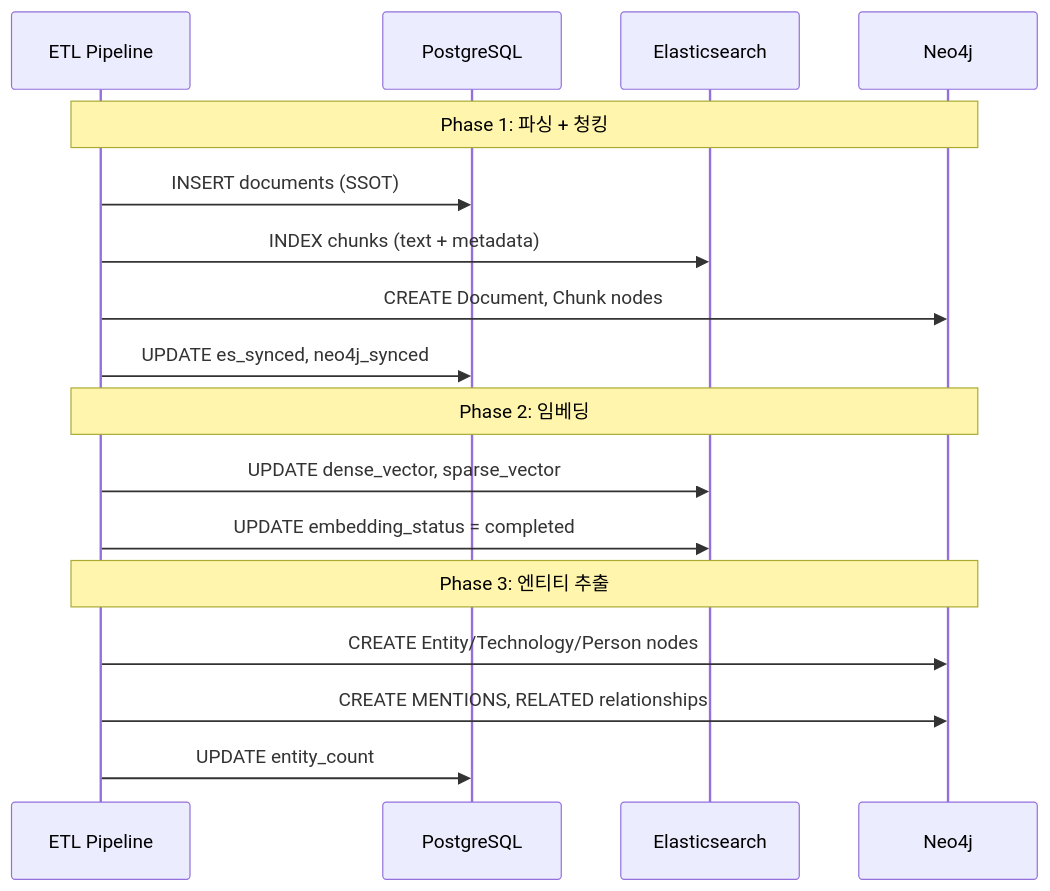
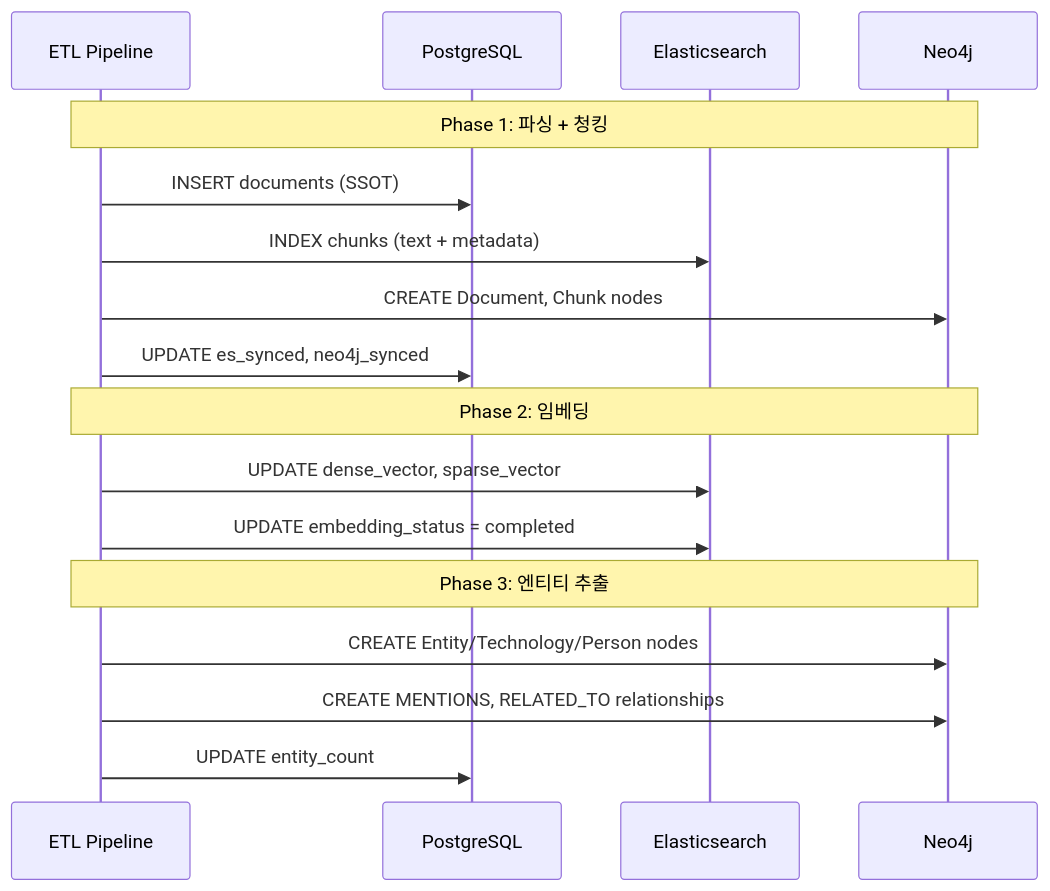
Before and after one commit to k82022603/hybrid-rag-knowledge-ops: the fourth of 4 diagrams in knowledge_service/docs/08_deliverables/06_database_design.md, drawn with Mermaid. The commit also changed other lines of this file and 5 other files, not shown here.

````diff
--- a/knowledge_service/docs/08_deliverables/06_database_design.md
+++ b/knowledge_service/docs/08_deliverables/06_database_design.md
@@ -612,22 +612,22 @@
 ```mermaid
 sequenceDiagram
     participant ETL as ETL Pipeline
     participant PG as PostgreSQL
     participant ES as Elasticsearch
     participant Neo as Neo4j
 
     Note over ETL,Neo: Phase 1: 파싱 + 청킹
     ETL->>PG: INSERT documents (SSOT)
     ETL->>ES: INDEX chunks (text + metadata)
     ETL->>Neo: CREATE Document, Chunk nodes
     ETL->>PG: UPDATE es_synced, neo4j_synced
 
     Note over ETL,Neo: Phase 2: 임베딩
     ETL->>ES: UPDATE dense_vector, sparse_vector
     ETL->>ES: UPDATE embedding_status = completed
 
     Note over ETL,Neo: Phase 3: 엔티티 추출
     ETL->>Neo: CREATE Entity/Technology/Person nodes
-    ETL->>Neo: CREATE MENTIONS, RELATED relationships
+    ETL->>Neo: CREATE MENTIONS, RELATED_TO relationships
     ETL->>PG: UPDATE entity_count
 ```
````
